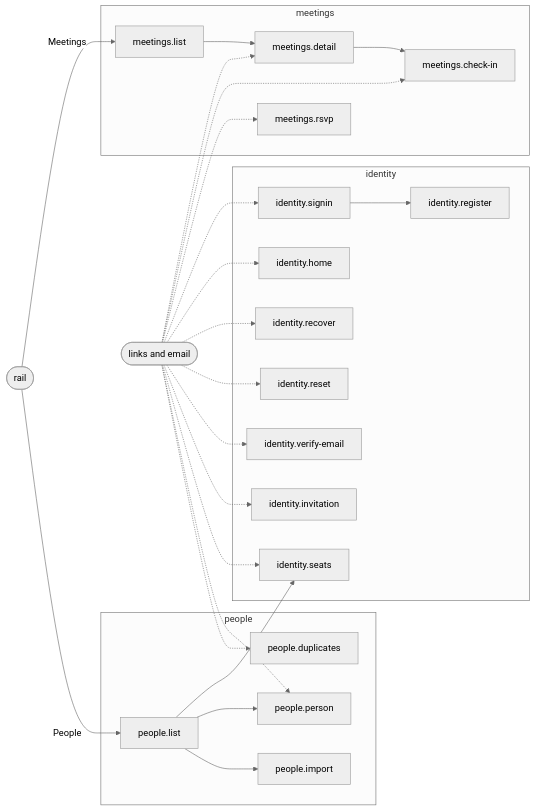
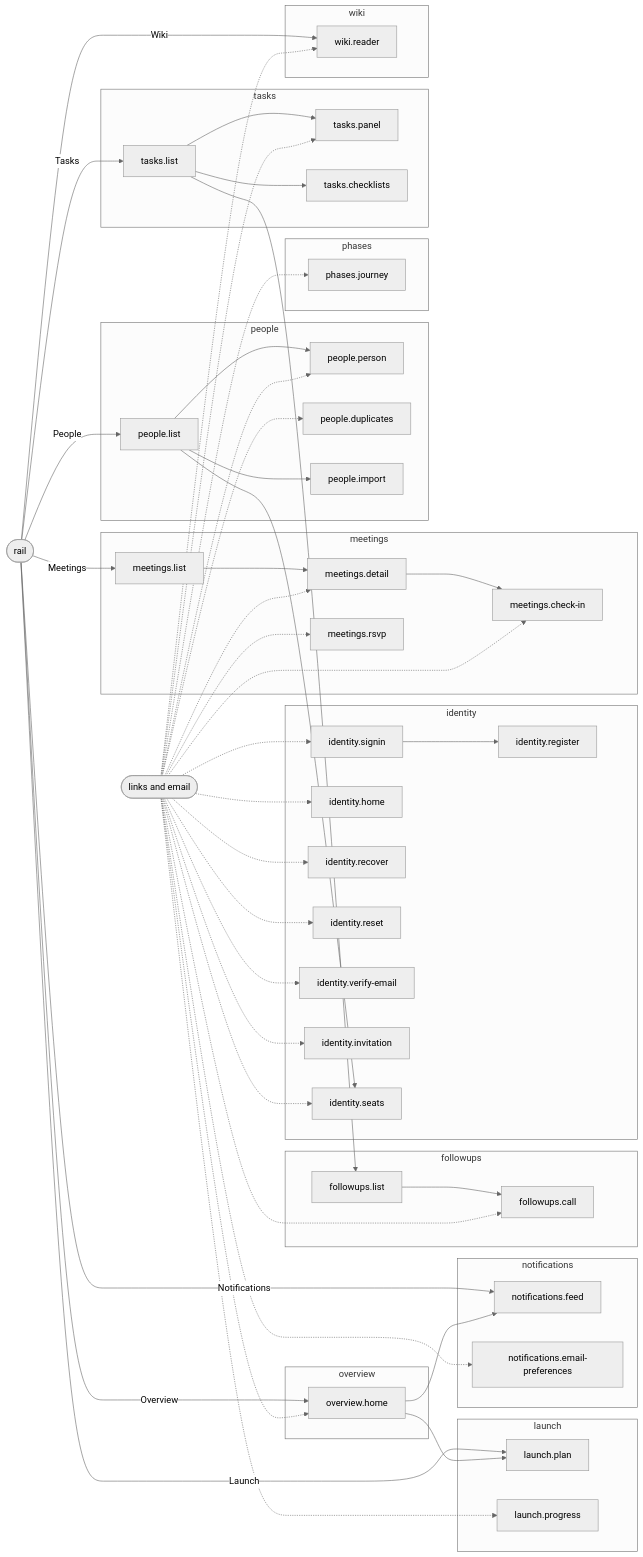
The diagram in docs/feature-maps/README.md (SebastianGarces/everyfield), drawn with Mermaid (neutral theme) before and after one commit. The commit also changed other lines of this file and 15 other files, not shown here.

Commit message:
Feature maps for tasks, follow-ups, notifications, wiki, overview, phases and launch

````diff
--- a/docs/feature-maps/README.md
+++ b/docs/feature-maps/README.md
@@ -12,46 +12,90 @@
 flowchart LR
   rail(["rail"])
   links(["links and email"])
-  subgraph f0["identity"]
-    f0s0["identity.signin"]
-    f0s1["identity.home"]
-    f0s2["identity.register"]
-    f0s3["identity.recover"]
-    f0s4["identity.reset"]
-    f0s5["identity.verify-email"]
-    f0s6["identity.invitation"]
-    f0s7["identity.seats"]
+  subgraph f0["followups"]
+    f0s0["followups.list"]
+    f0s1["followups.call"]
   end
-  subgraph f1["meetings"]
-    f1s0["meetings.list"]
-    f1s1["meetings.detail"]
-    f1s2["meetings.check-in"]
-    f1s3["meetings.rsvp"]
+  subgraph f1["identity"]
+    f1s0["identity.signin"]
+    f1s1["identity.home"]
+    f1s2["identity.register"]
+    f1s3["identity.recover"]
+    f1s4["identity.reset"]
+    f1s5["identity.verify-email"]
+    f1s6["identity.invitation"]
+    f1s7["identity.seats"]
   end
-  subgraph f2["people"]
-    f2s0["people.list"]
-    f2s1["people.person"]
-    f2s2["people.duplicates"]
-    f2s3["people.import"]
+  subgraph f2["launch"]
+    f2s0["launch.plan"]
+    f2s1["launch.progress"]
   end
-  links -.-> f0s0
+  subgraph f3["meetings"]
+    f3s0["meetings.list"]
+    f3s1["meetings.detail"]
+    f3s2["meetings.check-in"]
+    f3s3["meetings.rsvp"]
+  end
+  subgraph f4["notifications"]
+    f4s0["notifications.feed"]
+    f4s1["notifications.email-preferences"]
+  end
+  subgraph f5["overview"]
+    f5s0["overview.home"]
+  end
+  subgraph f6["people"]
+    f6s0["people.list"]
+    f6s1["people.person"]
+    f6s2["people.duplicates"]
+    f6s3["people.import"]
+  end
+  subgraph f7["phases"]
+    f7s0["phases.journey"]
+  end
+  subgraph f8["tasks"]
+    f8s0["tasks.list"]
+    f8s1["tasks.panel"]
+    f8s2["tasks.checklists"]
+  end
+  subgraph f9["wiki"]
+    f9s0["wiki.reader"]
+  end
+  f8s0 --> f0s0
+  f0s0 --> f0s1
   links -.-> f0s1
-  f0s0 --> f0s2
-  links -.-> f0s3
-  links -.-> f0s4
-  links -.-> f0s5
-  links -.-> f0s6
-  f2s0 --> f0s7
-  links -.-> f0s7
-  rail -- "Meetings" --> f1s0
-  f1s0 --> f1s1
+  links -.-> f1s0
   links -.-> f1s1
-  f1s1 --> f1s2
-  links -.-> f1s2
+  f1s0 --> f1s2
   links -.-> f1s3
-  rail -- "People" --> f2s0
-  f2s0 --> f2s1
+  links -.-> f1s4
+  links -.-> f1s5
+  links -.-> f1s6
+  f6s0 --> f1s7
+  links -.-> f1s7
+  rail -- "Launch" --> f2s0
+  f5s0 --> f2s0
   links -.-> f2s1
-  links -.-> f2s2
-  f2s0 --> f2s3
+  rail -- "Meetings" --> f3s0
+  f3s0 --> f3s1
+  links -.-> f3s1
+  f3s1 --> f3s2
+  links -.-> f3s2
+  links -.-> f3s3
+  rail -- "Notifications" --> f4s0
+  f5s0 --> f4s0
+  links -.-> f4s1
+  rail -- "Overview" --> f5s0
+  links -.-> f5s0
+  rail -- "People" --> f6s0
+  f6s0 --> f6s1
+  links -.-> f6s1
+  links -.-> f6s2
+  f6s0 --> f6s3
+  links -.-> f7s0
+  rail -- "Tasks" --> f8s0
+  f8s0 --> f8s1
+  links -.-> f8s1
+  f8s0 --> f8s2
+  rail -- "Wiki" --> f9s0
+  links -.-> f9s0
 ```
````
